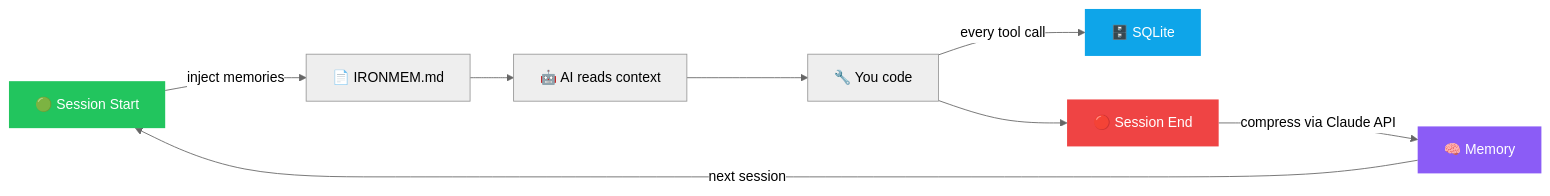
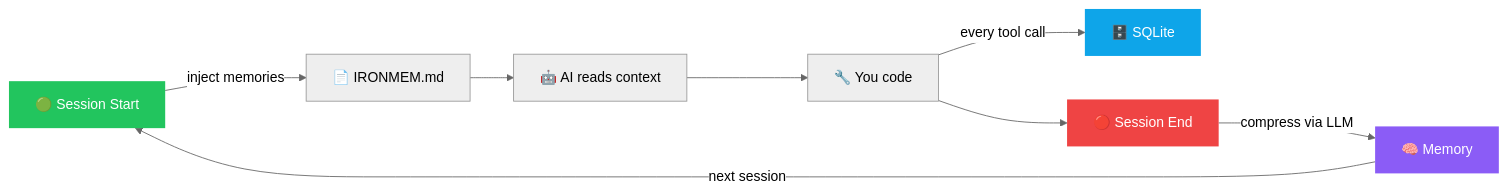
One commit to BMC-INC/Iron-mem changed the diagram in README.md. Above: the diagram before and after it, drawn with Mermaid (neutral theme). The commit also changed other lines of this file and 10 other files, not shown here.

````diff
--- a/README.md
+++ b/README.md
@@ -170,15 +180,15 @@
 ```mermaid
 flowchart LR
     A["🟢 Session Start"] -->|inject memories| B["📄 IRONMEM.md"]
     B --> C["🤖 AI reads context"]
     C --> D["🔧 You code"]
     D -->|every tool call| E["🗄️ SQLite"]
     D --> F["🔴 Session End"]
-    F -->|compress via Claude API| G["🧠 Memory"]
+    F -->|compress via LLM| G["🧠 Memory"]
     G -->|next session| A
 
     style A fill:#22c55e,color:#fff,stroke:none
     style F fill:#ef4444,color:#fff,stroke:none
     style G fill:#8b5cf6,color:#fff,stroke:none
     style E fill:#0ea5e9,color:#fff,stroke:none
 ```
````
